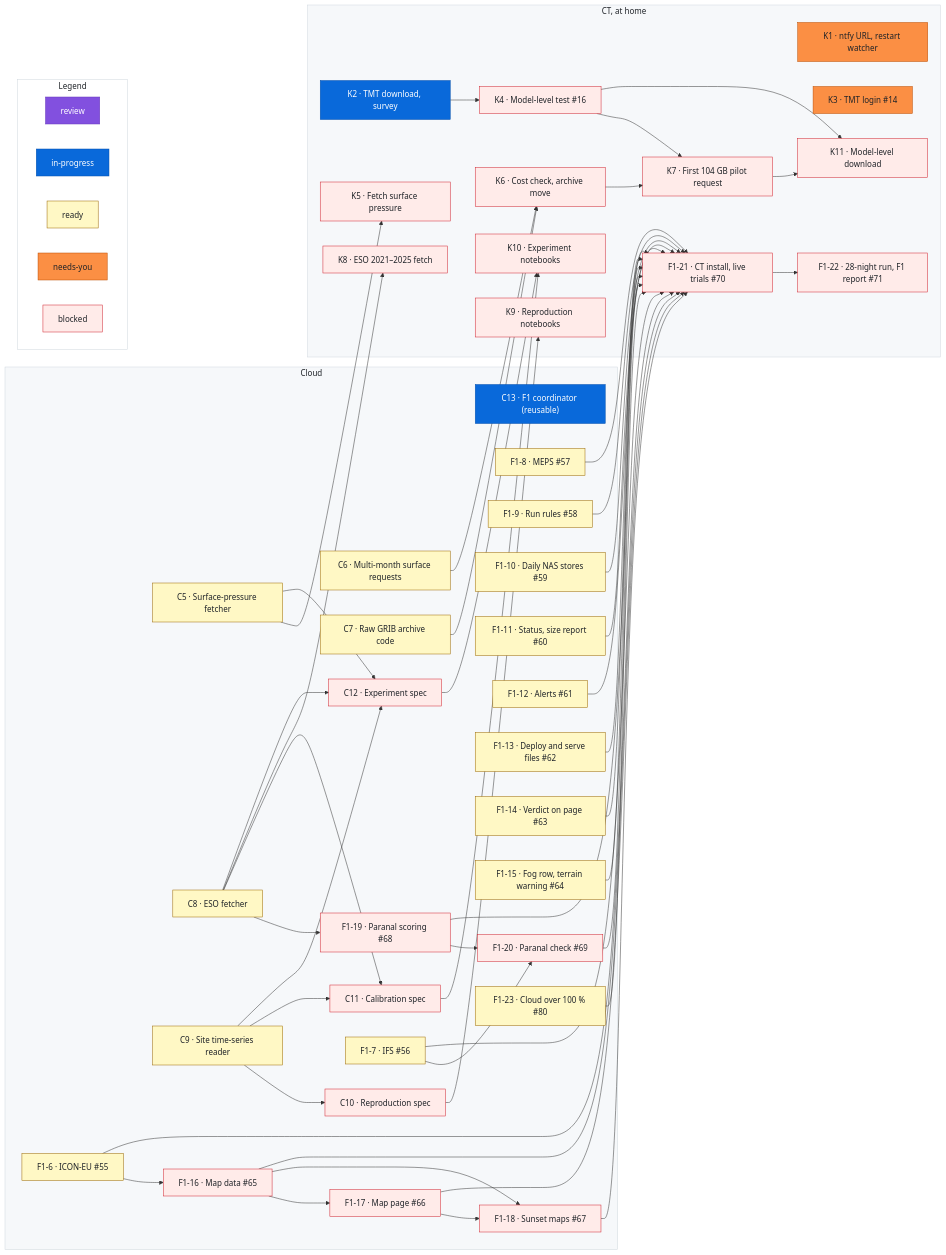
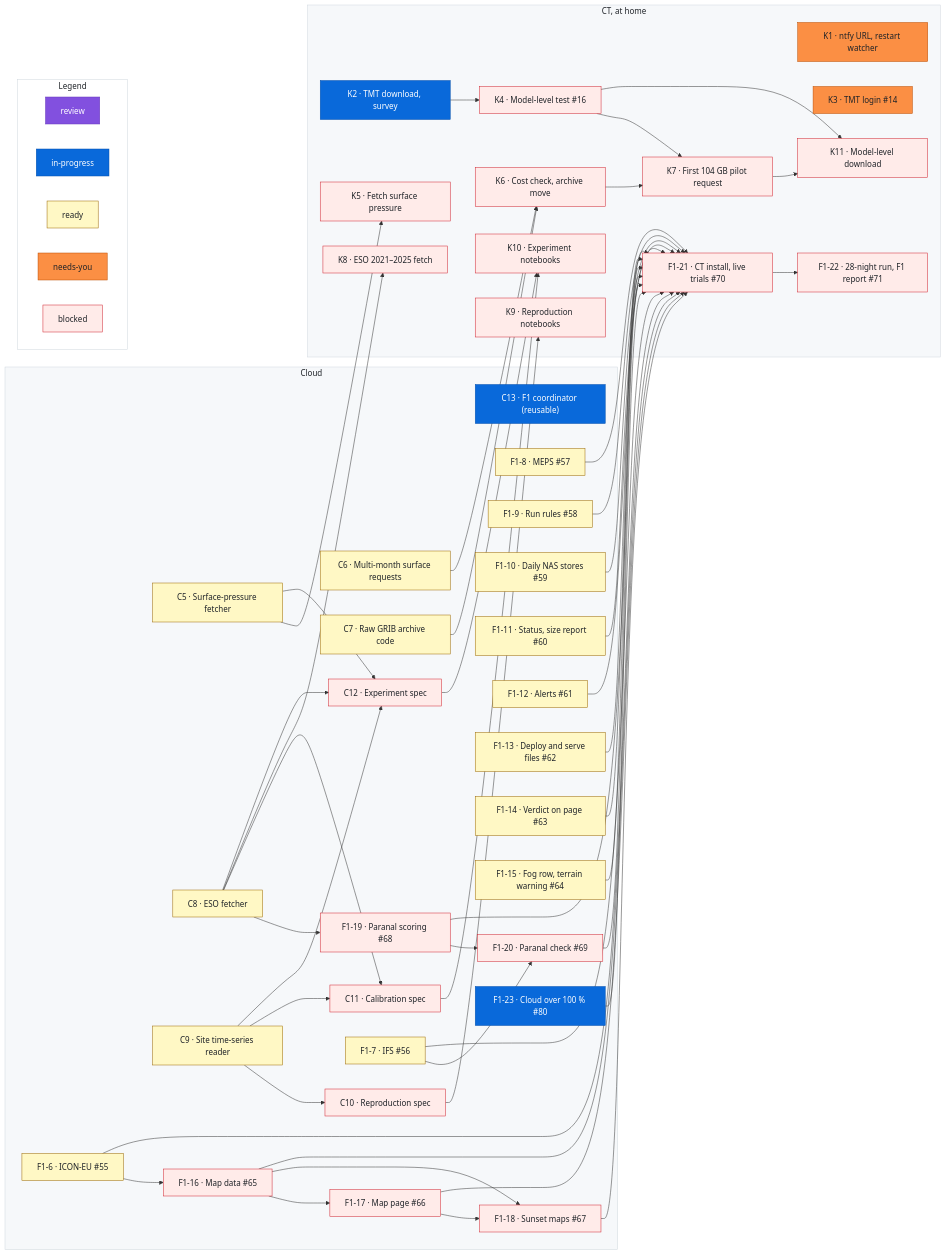
Before and after one commit to rrweller/Astro-seeing: the diagram in docs/roadmap.md, drawn with Mermaid. The commit also changed other lines of this file, not shown here.

Commit message:
roadmap: F1-23 ready → in-progress
Claude-Session: https://claude.ai/code/session_01ECS9ratNi26pjaLjGxYdGf

```diff
--- a/docs/roadmap.md
+++ b/docs/roadmap.md
@@ -251,7 +251,7 @@
   %% ---
   class F1_22 blocked
   %% ---
-  class F1_23 ready
+  class F1_23 inprogress
   %% ---
   class K1 needsyou
   %% ---
```
